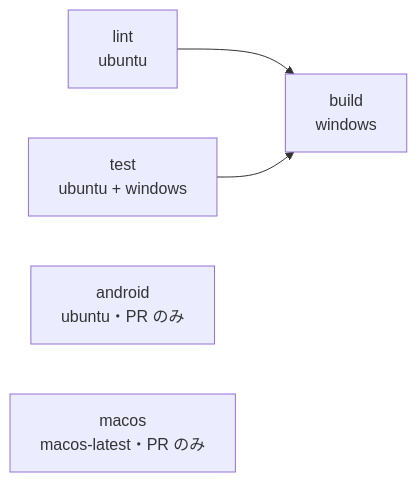
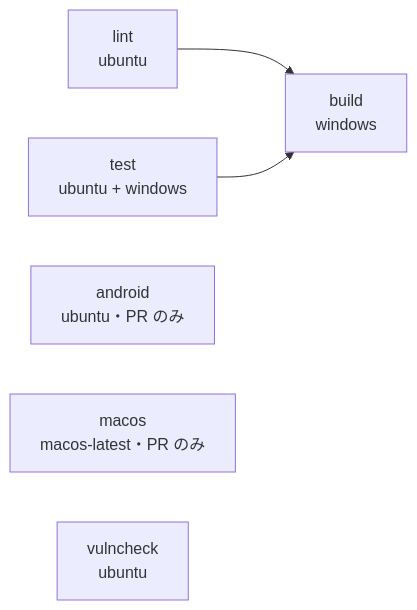
The diagram in docs/environment/setup.md (ousiassllc/hitomado), drawn with Mermaid before and after one commit. The commit also changed other lines of this file and 2 other files, not shown here.

````diff
--- a/docs/environment/setup.md
+++ b/docs/environment/setup.md
@@ -107,7 +107,8 @@
 ```mermaid
 flowchart LR
   L[lint<br/>ubuntu] --> B[build<br/>windows]
   T[test<br/>ubuntu + windows] --> B
   A[android<br/>ubuntu・PR のみ]
   M[macos<br/>macos-latest・PR のみ]
+  V[vulncheck<br/>ubuntu]
 ```
````
